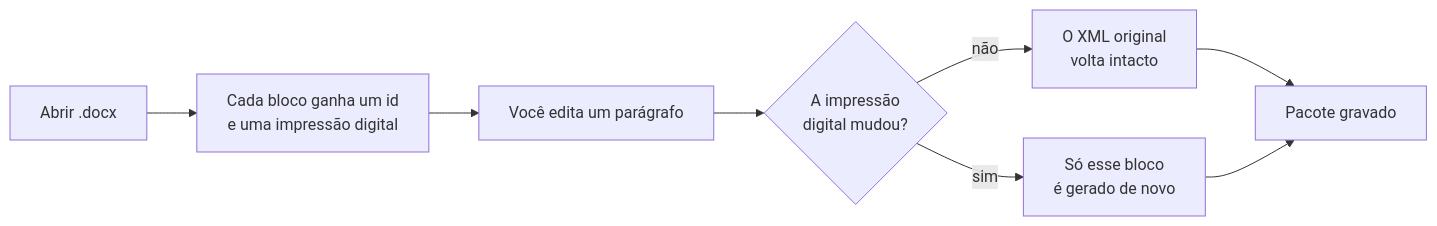
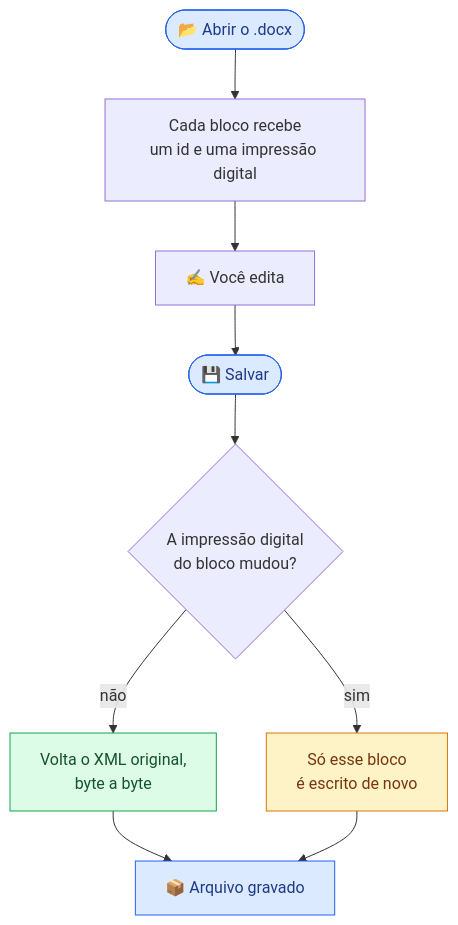
Before and after one commit to VStorch/LibreviaWorkspace: the first of 5 diagrams in README.md, drawn with Mermaid. The commit also changed other lines of this file, not shown here.

Commit message:
docs(readme): rewrite for the finished roadmap

````diff
--- a/README.md
+++ b/README.md
@@ -118,10 +174,18 @@
 ```mermaid
-graph LR
-    A["Abrir .docx"] --> B["Cada bloco ganha um id<br/>e uma impressão digital"]
-    B --> C["Você edita um parágrafo"]
-    C --> D{"A impressão<br/>digital mudou?"}
-    D -->|não| E["O XML original<br/>volta intacto"]
-    D -->|sim| F["Só esse bloco<br/>é gerado de novo"]
-    E --> G["Pacote gravado"]
-    F --> G
+flowchart TD
+    A(["📂 Abrir o .docx"]) --> B["Cada bloco recebe<br/>um id e uma impressão digital"]
+    B --> C["✍️ Você edita"]
+    C --> D(["💾 Salvar"])
+    D --> E{"A impressão digital<br/>do bloco mudou?"}
+    E -- "não" --> F["Volta o XML original,<br/>byte a byte"]
+    E -- "sim" --> G["Só esse bloco<br/>é escrito de novo"]
+    F --> H["📦 Arquivo gravado"]
+    G --> H
+
+    classDef io fill:#dbeafe,stroke:#2563eb,color:#1e3a8a
+    classDef keep fill:#dcfce7,stroke:#16a34a,color:#14532d
+    classDef write fill:#fef3c7,stroke:#d97706,color:#78350f
+    class A,D,H io
+    class F keep
+    class G write
 ```
````
